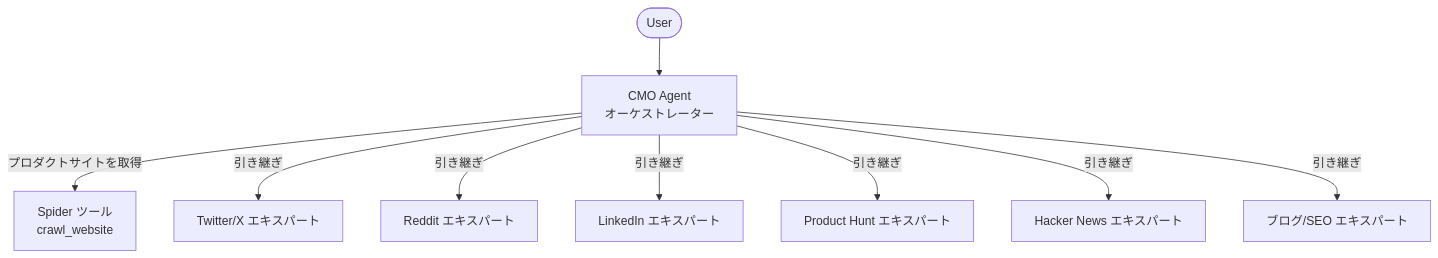
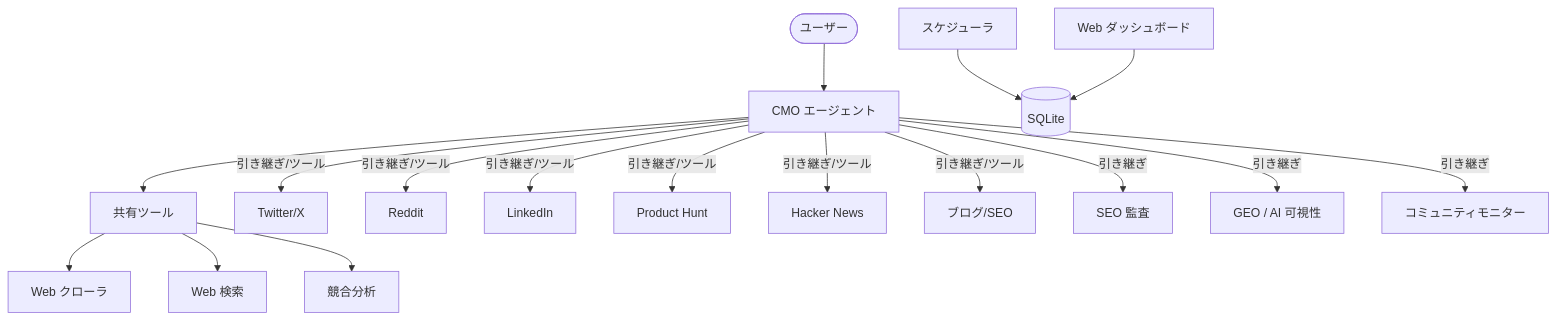
The diagram in README_ja.md (chancat87/OpenCMO), drawn with Mermaid before and after one commit. The commit also changed other lines of this file and 40 other files, not shown here.

First line of the commit message:
feat: v3 — storage, CWV/Schema SEO, 5-platform GEO, scheduler, web dashboard

````diff
--- a/README_ja.md
+++ b/README_ja.md
@@ -41,12 +67,22 @@
 ```mermaid
 graph TD
-    User([User]) --> CMO[CMO Agent <br/> オーケストレーター]
-    CMO -- プロダクトサイトを取得 --> Crawl[Spider ツール <br/> crawl_website]
-    
-    CMO -- 引き継ぎ --> X[Twitter/X エキスパート]
-    CMO -- 引き継ぎ --> Reddit[Reddit エキスパート]
-    CMO -- 引き継ぎ --> LinkedIn[LinkedIn エキスパート]
-    CMO -- 引き継ぎ --> PH[Product Hunt エキスパート]
-    CMO -- 引き継ぎ --> HN[Hacker News エキスパート]
-    CMO -- 引き継ぎ --> Blog[ブログ/SEO エキスパート]
+    User([ユーザー]) --> CMO[CMO エージェント]
+
+    CMO --> Tools[共有ツール]
+    Tools --> Crawl[Web クローラ]
+    Tools --> Search[Web 検索]
+    Tools --> Competitor[競合分析]
+
+    CMO -- 引き継ぎ/ツール --> Twitter[Twitter/X]
+    CMO -- 引き継ぎ/ツール --> Reddit[Reddit]
+    CMO -- 引き継ぎ/ツール --> LinkedIn[LinkedIn]
+    CMO -- 引き継ぎ/ツール --> PH[Product Hunt]
+    CMO -- 引き継ぎ/ツール --> HN[Hacker News]
+    CMO -- 引き継ぎ/ツール --> Blog[ブログ/SEO]
+    CMO -- 引き継ぎ --> SEO[SEO 監査]
+    CMO -- 引き継ぎ --> GEO[GEO / AI 可視性]
+    CMO -- 引き継ぎ --> Community[コミュニティモニター]
+
+    Scheduler[スケジューラ] --> DB[(SQLite)]
+    WebDash[Web ダッシュボード] --> DB
 ```
````
